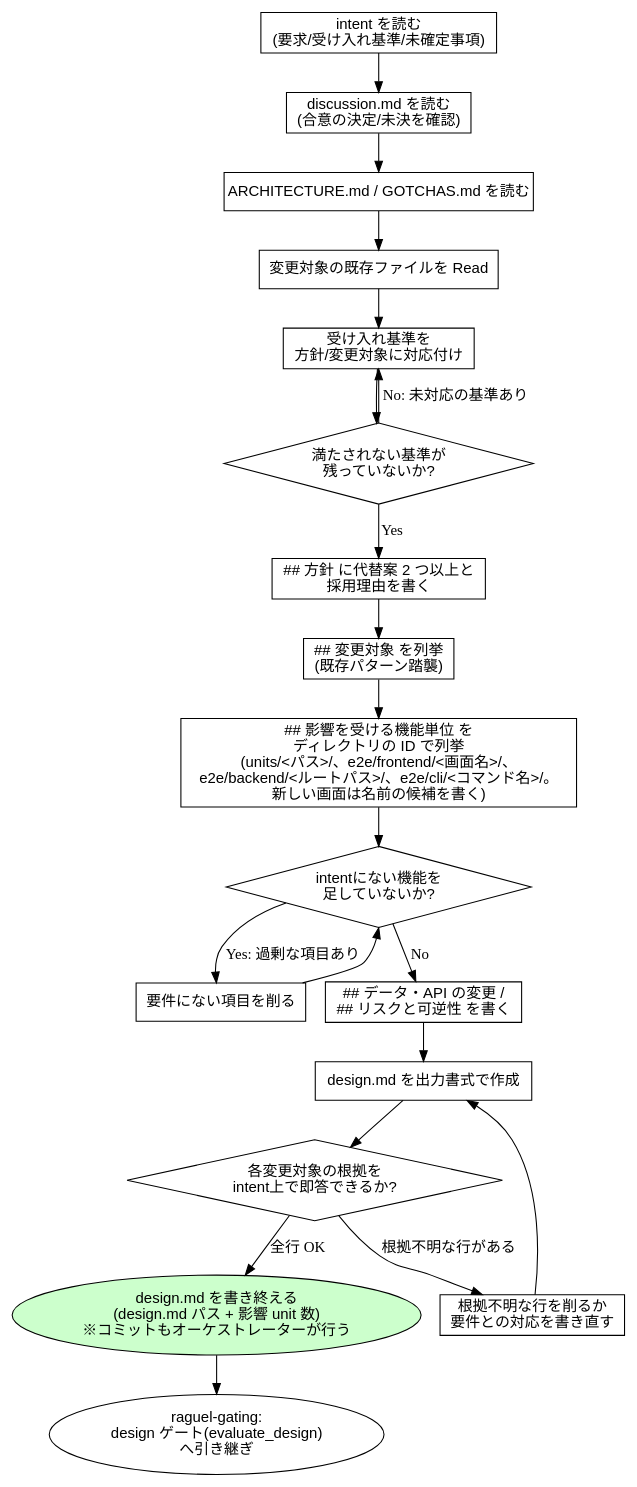
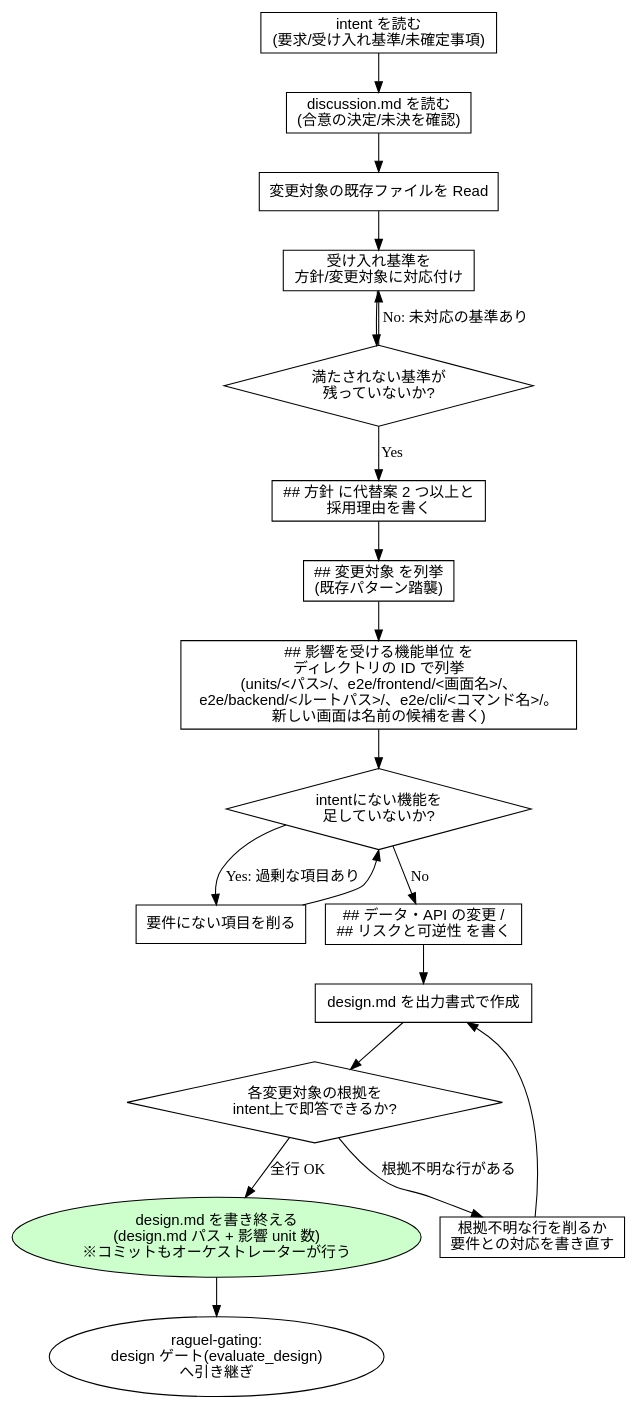
The third of 14 diagrams in plugins/codiel/docs/skill-flowcharts.md (Amatsuka-kobo/amatsuka-claude-plugins), drawn with Graphviz before and after one commit. The commit also changed other lines of this file and 20 other files, not shown here.

First line of the commit message:
fix(codiel): ARCHITECTURE と GOTCHAS を読ませる規則を指示層から外し、レビューの所見を直す

````diff
--- a/plugins/codiel/docs/skill-flowcharts.md
+++ b/plugins/codiel/docs/skill-flowcharts.md
@@ -66,37 +65,36 @@
 ```dot
 digraph writing_design_docs {
   rankdir=TB;
   node [fontname="sans-serif"];
 
   read_issue [label="intent を読む\n(要求/受け入れ基準/未確定事項)", shape=box];
   read_discussion [label="discussion.md を読む\n(合意の決定/未決を確認)", shape=box];
-  read_docs [label="ARCHITECTURE.md / GOTCHAS.md を読む", shape=box];
   read_existing [label="変更対象の既存ファイルを Read", shape=box];
   map_criteria [label="受け入れ基準を\n方針/変更対象に対応付け", shape=box];
   check_criteria [label="満たされない基準が\n残っていないか?", shape=diamond];
   alternatives [label="## 方針 に代替案 2 つ以上と\n採用理由を書く", shape=box];
   targets [label="## 変更対象 を列挙\n(既存パターン踏襲)", shape=box];
   units [label="## 影響を受ける機能単位 を\nディレクトリの ID で列挙\n(units/<パス>/、e2e/frontend/<画面名>/、\ne2e/backend/<ルートパス>/、e2e/cli/<コマンド名>/。\n新しい画面は名前の候補を書く)", shape=box];
   yagni [label="intentにない機能を\n足していないか?", shape=diamond];
   trim [label="要件にない項目を削る", shape=box];
   risk [label="## データ・API の変更 /\n## リスクと可逆性 を書く", shape=box];
   write [label="design.md を出力書式で作成", shape=box];
   selfcheck [label="各変更対象の根拠を\nintent上で即答できるか?", shape=diamond];
   demote [label="根拠不明な行を削るか\n要件との対応を書き直す", shape=box];
   done [label="design.md を書き終える\n(design.md パス + 影響 unit 数)\n※コミットもオーケストレーターが行う", shape=ellipse, style=filled, fillcolor="#ccffcc"];
   gate [label="raguel-gating:\ndesign ゲート(evaluate_design)\nへ引き継ぎ", shape=ellipse];
 
-  read_issue -> read_discussion -> read_docs -> read_existing -> map_criteria -> check_criteria;
+  read_issue -> read_discussion -> read_existing -> map_criteria -> check_criteria;
   check_criteria -> map_criteria [label="No: 未対応の基準あり"];
   check_criteria -> alternatives [label="Yes"];
   alternatives -> targets -> units -> yagni;
   yagni -> trim [label="Yes: 過剰な項目あり"];
   trim -> yagni;
   yagni -> risk [label="No"];
   risk -> write -> selfcheck;
   selfcheck -> demote [label="根拠不明な行がある"];
   demote -> write;
   selfcheck -> done [label="全行 OK"];
   done -> gate;
 }
 ```
````
